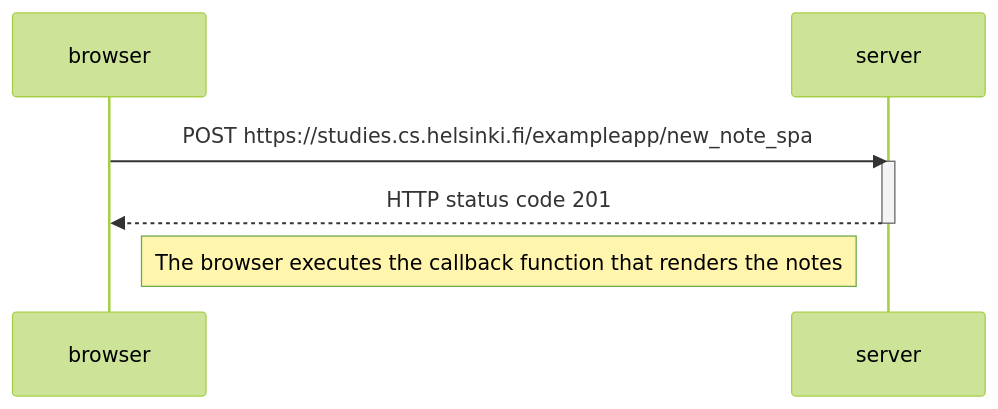
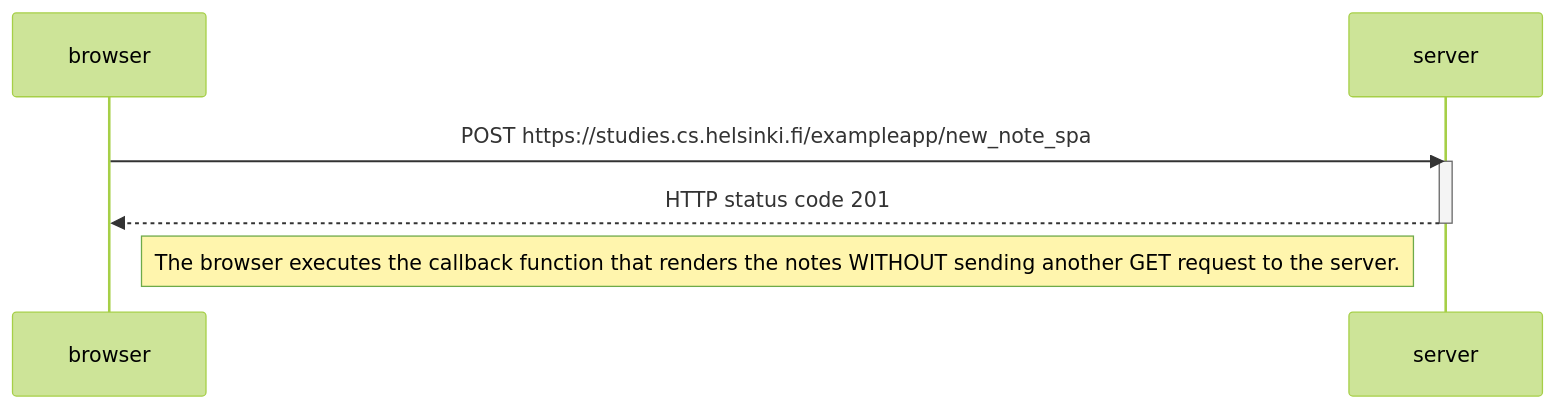
One commit to landont168/fso-helsinki changed the diagram in part 0/0.6-new-note-spa-diagram.md. Above: the diagram before and after it, drawn with Mermaid (forest theme).

Commit message:
Add note

````diff
--- a/part 0/0.6-new-note-spa-diagram.md
+++ b/part 0/0.6-new-note-spa-diagram.md
@@ -1,13 +1,13 @@
 ```mermaid
 
 sequenceDiagram
 participant browser
 participant server
 
     browser->>server: POST https://studies.cs.helsinki.fi/exampleapp/new_note_spa
     activate server
     server-->>browser: HTTP status code 201
     deactivate server
 
-    Note right of browser: The browser executes the callback function that renders the notes
+    Note right of browser: The browser executes the callback function that renders the notes WITHOUT sending another GET request to the server.
 ```
````
